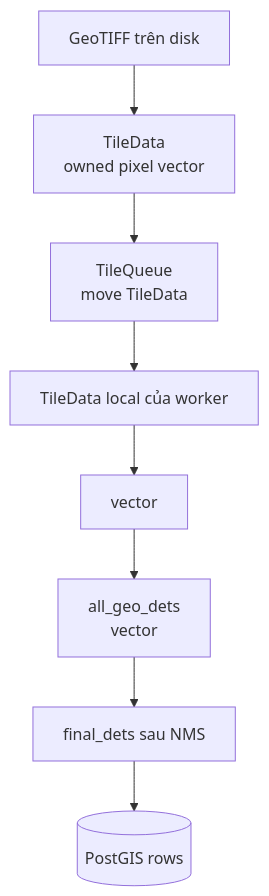
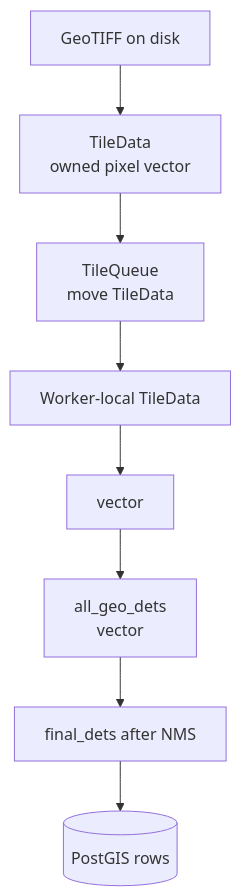
One commit to Dinhthuy2k5/remote-sensing-pipeline changed the fourth of 5 diagrams in docs/ARCHITECTURE.md. Above: the diagram before and after it, drawn with Mermaid. The commit also changed other lines of this file and 4 other files, not shown here.

Commit message:
docs: localize documentation and keep diagrams precise

````diff
--- a/docs/ARCHITECTURE.md
+++ b/docs/ARCHITECTURE.md
@@ -147,13 +147,13 @@
 ```mermaid
 flowchart TB
-    Disk["GeoTIFF trên disk"]
+    Disk["GeoTIFF on disk"]
     Tile["TileData<br/>owned pixel vector"]
     Queue["TileQueue<br/>move TileData"]
-    Worker["TileData local của worker"]
+    Worker["Worker-local TileData"]
     Det["vector<Detection>"]
     Geo["all_geo_dets<br/>vector<GeoDetection>"]
-    Final["final_dets sau NMS"]
+    Final["final_dets after NMS"]
     DB[("PostGIS rows")]
 
     Disk --> Tile --> Queue --> Worker --> Det --> Geo --> Final --> DB
 ```
````
